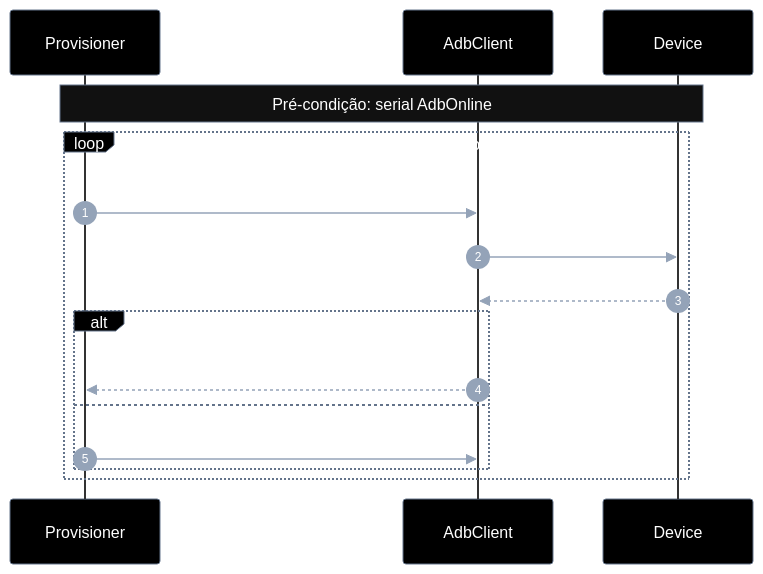
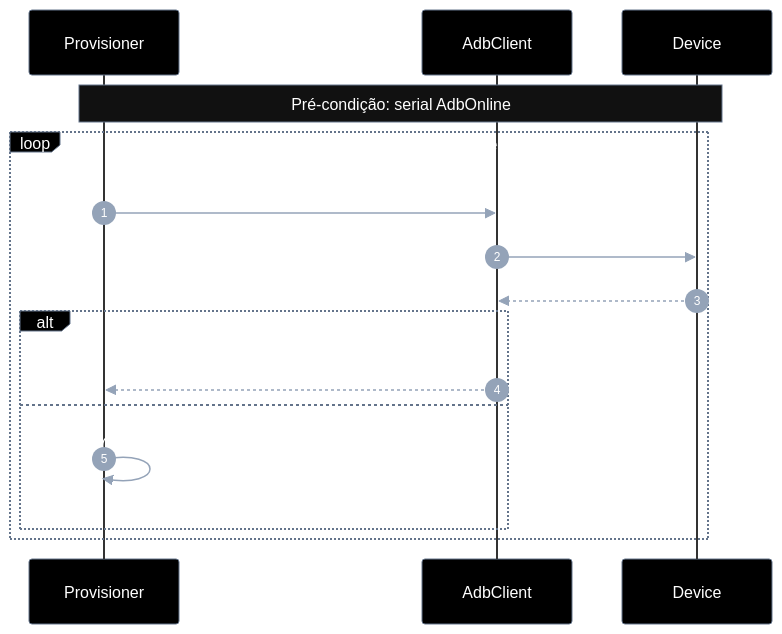
The fourth of 5 diagrams in connectmax/screen-robot/epics/EP-01-provisionar-agente/5.implementation-plan.md (laerciogermano/workstation), drawn with Mermaid before and after one commit. The commit also changed other lines of this file and 5 other files, not shown here.

Commit message:
Completa retornos faltantes em todos os diagramas de sequência dos planos.

````diff
--- a/connectmax/screen-robot/epics/EP-01-provisionar-agente/5.implementation-plan.md
+++ b/connectmax/screen-robot/epics/EP-01-provisionar-agente/5.implementation-plan.md
@@ -351,60 +373,60 @@
 ```mermaid
 ---
 config:
   theme: base
   themeVariables:
     darkMode: true
     background: '#000000'
     primaryColor: '#000000'
     primaryTextColor: '#ffffff'
     primaryBorderColor: '#64748b'
     secondaryColor: '#000000'
     secondaryTextColor: '#ffffff'
     secondaryBorderColor: '#64748b'
     tertiaryColor: '#000000'
     tertiaryTextColor: '#ffffff'
     tertiaryBorderColor: '#64748b'
     lineColor: '#64748b'
     textColor: '#ffffff'
     mainBkg: '#000000'
     nodeBorder: '#64748b'
     clusterBkg: '#000000'
     clusterBorder: '#333333'
     titleColor: '#ffffff'
     edgeLabelBackground: '#000000'
     actorBkg: '#000000'
     actorBorder: '#64748b'
     actorTextColor: '#ffffff'
     actorLineColor: '#333333'
     signalColor: '#94a3b8'
     signalTextColor: '#ffffff'
     labelBoxBkgColor: '#000000'
     labelBoxBorderColor: '#64748b'
     labelTextColor: '#ffffff'
     loopTextColor: '#ffffff'
     noteBorderColor: '#64748b'
     noteBkgColor: '#111111'
     noteTextColor: '#ffffff'
     activationBorderColor: '#64748b'
     activationBkgColor: '#1a1a1a'
     sequenceNumberColor: '#ffffff'
     classText: '#ffffff'
 ---
 sequenceDiagram
   autonumber
   participant P as Provisioner
   participant A as AdbClient
   participant D as Device
 
   Note over P,D: Pré-condição: serial AdbOnline
   loop enquanto boot ≠ 1 e dentro do timeout
     P->>A: adb(serial, shell getprop sys.boot_completed)
     A->>D: getprop
     D-->>A: "0" | "1" | vazio
     alt boot == "1"
       A-->>P: Booted
     else
-      P->>A: sleep(2000)
+      P->>P: sleep(2000)
     end
   end
 ```
````
